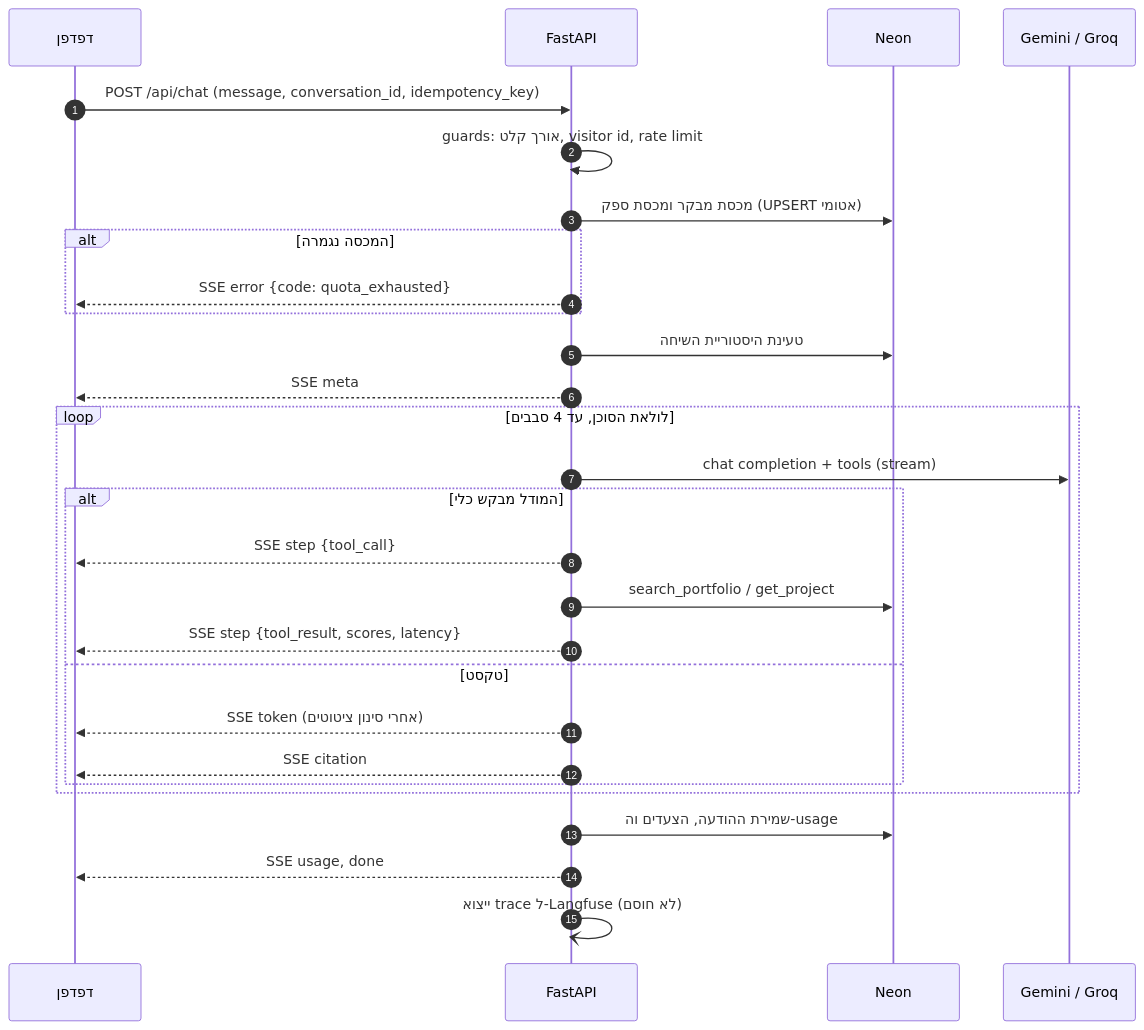
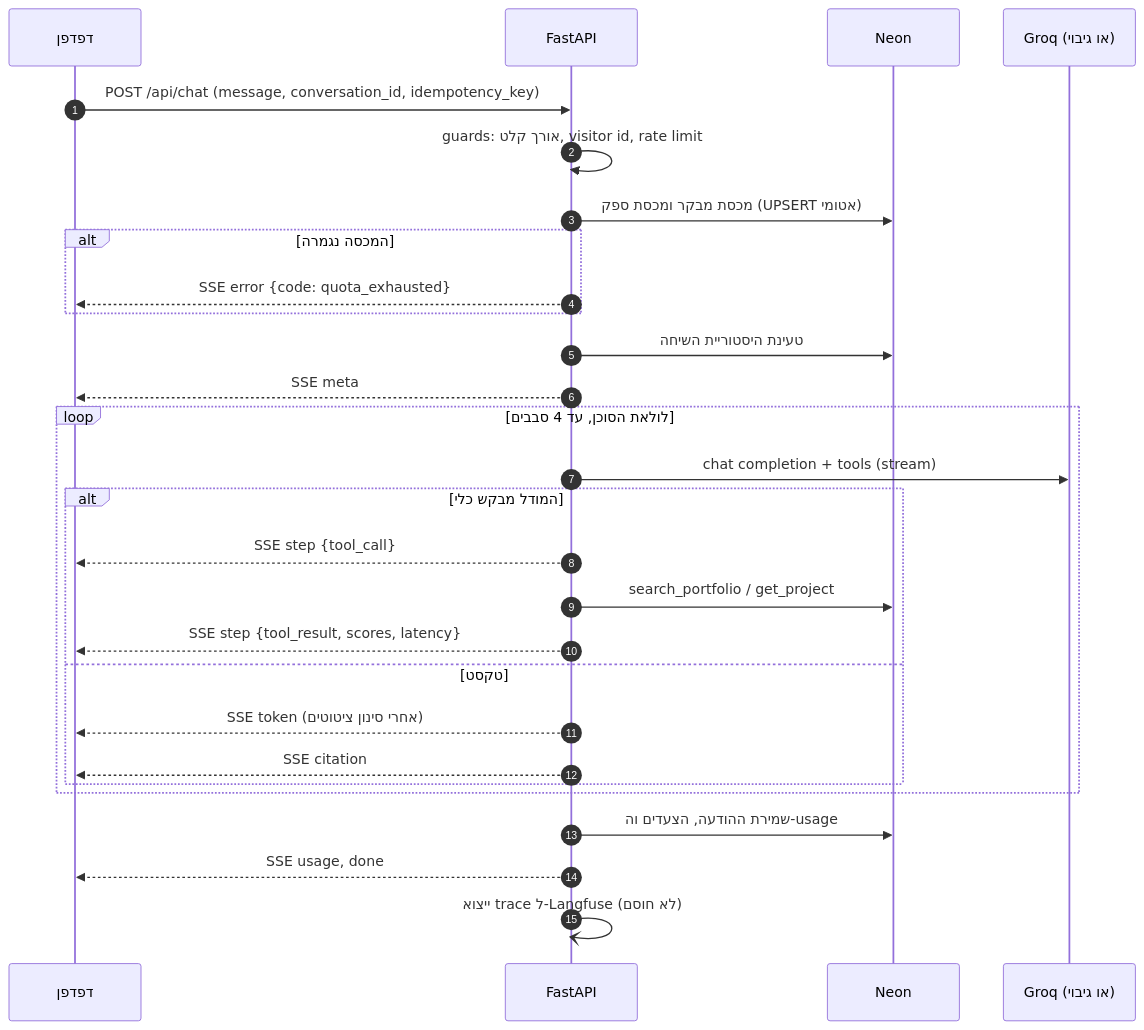
One commit to sarah94087-bot/portfolio-agent changed the second of 2 diagrams in docs/05-architecture.md. Above: the diagram before and after it, drawn with Mermaid. The commit also changed other lines of this file and 16 other files, not shown here.

````diff
--- a/docs/05-architecture.md
+++ b/docs/05-architecture.md
@@ -90,31 +90,31 @@
 ```mermaid
 sequenceDiagram
   autonumber
   participant B as דפדפן
   participant A as FastAPI
   participant D as Neon
-  participant L as Gemini / Groq
+  participant L as Groq (או גיבוי)
 
   B->>A: POST /api/chat (message, conversation_id, idempotency_key)
   A->>A: guards: אורך קלט, visitor id, rate limit
   A->>D: מכסת מבקר ומכסת ספק (UPSERT אטומי)
   alt המכסה נגמרה
     A-->>B: SSE error {code: quota_exhausted}
   end
   A->>D: טעינת היסטוריית השיחה
   A-->>B: SSE meta
   loop לולאת הסוכן, עד 4 סבבים
     A->>L: chat completion + tools (stream)
     alt המודל מבקש כלי
       A-->>B: SSE step {tool_call}
       A->>D: search_portfolio / get_project
       A-->>B: SSE step {tool_result, scores, latency}
     else טקסט
       A-->>B: SSE token (אחרי סינון ציטוטים)
       A-->>B: SSE citation
     end
   end
   A->>D: שמירת ההודעה, הצעדים וה-usage
   A-->>B: SSE usage, done
   A-)A: ייצוא trace ל-Langfuse (לא חוסם)
 ```
````
